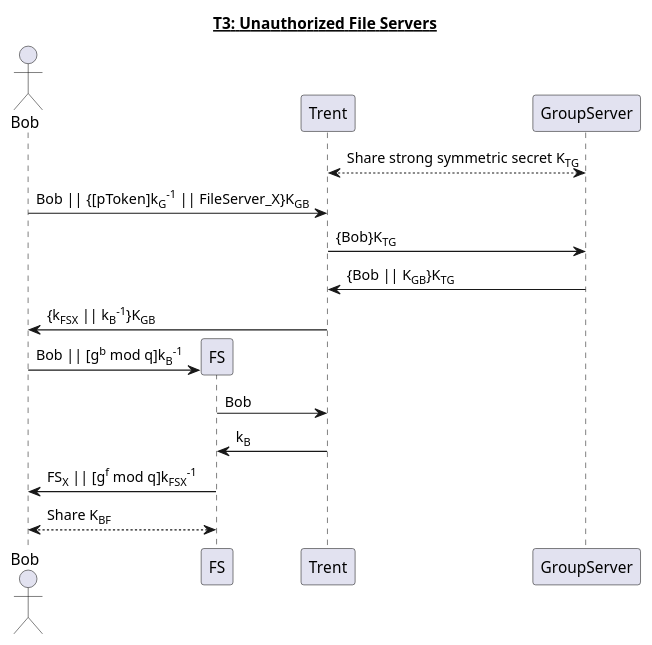
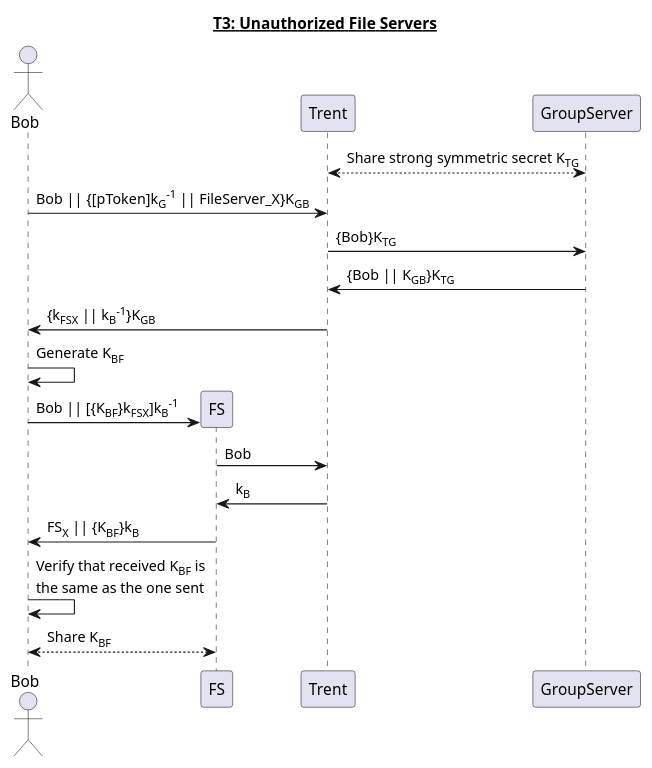
One commit to jondyer/cs1653-2017fa-jbd29-mar257-zds14 changed the diagram in reports/img/T3.puml. Above: the diagram before and after it, drawn with PlantUML. The commit also changed 3 other files, not shown here.

```diff
--- a/reports/img/T3.puml
+++ b/reports/img/T3.puml
@@ -1,21 +1,23 @@
 @startuml
 title __T3: Unauthorized File Servers__
 actor Bob
 participant FS
 participant Trent
 participant GroupServer
 
 GroupServer <--> Trent: Share strong symmetric secret K<sub>TG</sub>
 Bob -> Trent: Bob || {[pToken]k<sub>G</sub><sup>-1</sup> || FileServer_X}K<sub>GB</sub>
 Trent -> GroupServer: {Bob}K<sub>TG</sub>
 GroupServer -> Trent: {Bob || K<sub>GB</sub>}K<sub>TG</sub>
 Trent -> Bob: {k<sub>FSX</sub> || k<sub>B</sub><sup>-1</sup>}K<sub>GB</sub>
 
+Bob -> Bob: Generate K<sub>BF</sub>
 create FS
-Bob -> FS: Bob || [g<sup>b</sup> mod q]k<sub>B</sub><sup>-1</sup>
+Bob -> FS: Bob || [{K<sub>BF</sub>}k<sub>FSX</sub>]k<sub>B</sub><sup>-1</sup>
 FS -> Trent: Bob
 Trent -> FS: k<sub>B</sub>
-FS -> Bob: FS<sub>X</sub> || [g<sup>f</sup> mod q]k<sub>FSX</sub><sup>-1</sup>
+FS -> Bob: FS<sub>X</sub> || {K<sub>BF</sub>}k<sub>B</sub>
+Bob -> Bob: Verify that received K<sub>BF</sub> is \nthe same as the one sent
 
 Bob <--> FS: Share K<sub>BF</sub>
 @enduml
```
